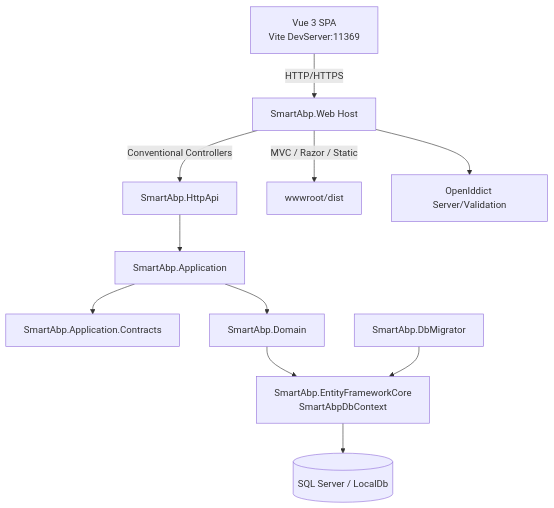
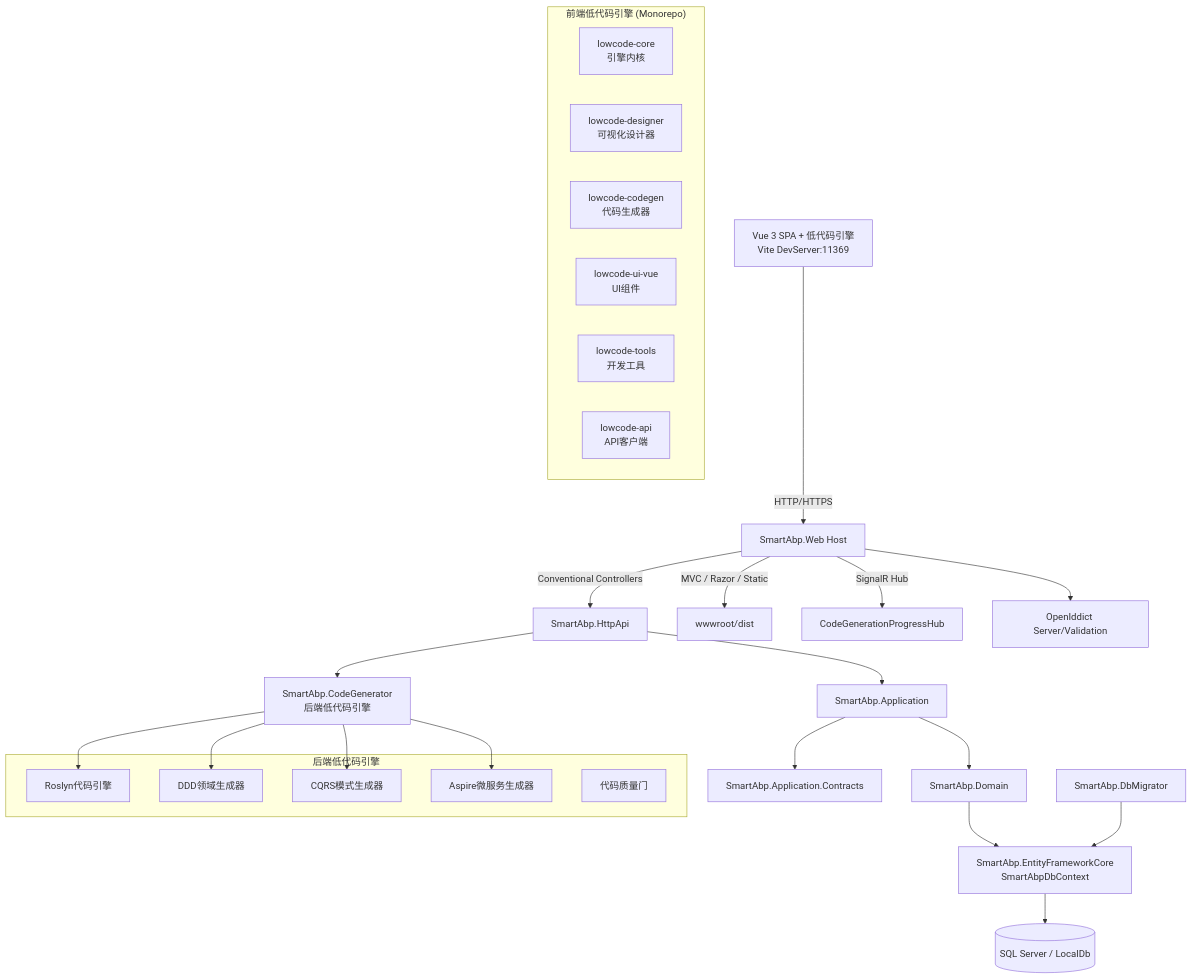
The first of 4 diagrams in doc/architecture/系统架构说明书.md (DULASlee/hxlot), drawn with Mermaid before and after one commit. The commit also changed other lines of this file and 61 other files, not shown here.

````diff
--- a/doc/architecture/系统架构说明书.md
+++ b/doc/architecture/系统架构说明书.md
@@ -11,13 +13,40 @@
 ```mermaid
 graph TD
-  Client[Vue 3 SPA<br/>Vite DevServer:11369] -->|HTTP/HTTPS| Web[SmartAbp.Web Host]
+  Client[Vue 3 SPA + 低代码引擎<br/>Vite DevServer:11369] -->|HTTP/HTTPS| Web[SmartAbp.Web Host]
+  
+  subgraph "前端低代码引擎 (Monorepo)"
+    LowCodeCore[lowcode-core<br/>引擎内核]
+    LowCodeDesigner[lowcode-designer<br/>可视化设计器]
+    LowCodeCodegen[lowcode-codegen<br/>代码生成器]
+    LowCodeUI[lowcode-ui-vue<br/>UI组件]
+    LowCodeTools[lowcode-tools<br/>开发工具]
+    LowCodeAPI[lowcode-api<br/>API客户端]
+  end
+  
   Web -->|Conventional Controllers| HttpApi[SmartAbp.HttpApi]
   Web -->|MVC / Razor / Static| Wwwroot[wwwroot/dist]
+  Web -->|SignalR Hub| CodeGenHub[CodeGenerationProgressHub]
+  
   HttpApi --> App[SmartAbp.Application]
+  HttpApi --> CodeGenApp[SmartAbp.CodeGenerator<br/>后端低代码引擎]
+  
+  subgraph "后端低代码引擎"
+    RoslynEngine[Roslyn代码引擎]
+    DddGenerator[DDD领域生成器]
+    CqrsGenerator[CQRS模式生成器]
+    AspireGenerator[Aspire微服务生成器]
+    QualityGates[代码质量门]
+  end
+  
   App --> Contracts[SmartAbp.Application.Contracts]
   App --> Domain[SmartAbp.Domain]
   Domain --> EF[SmartAbp.EntityFrameworkCore<br/>SmartAbpDbContext]
   EF --> DB[(SQL Server / LocalDb)]
   Web --> OpenIddict[OpenIddict Server/Validation]
   DbMigrator[SmartAbp.DbMigrator] --> EF
+  
+  CodeGenApp --> RoslynEngine
+  CodeGenApp --> DddGenerator
+  CodeGenApp --> CqrsGenerator
+  CodeGenApp --> AspireGenerator
 ```
````
